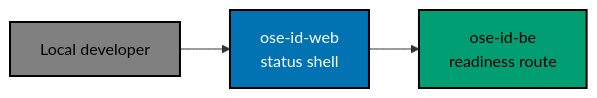
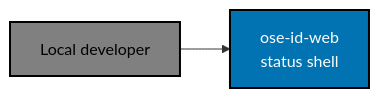
Before and after one commit to wahidyankf/ose-public: the first of 2 diagrams in specs/apps/ose/id-web/architecture.md, drawn with Mermaid. The commit also changed other lines of this file and 124 other files, not shown here.

````diff
--- a/specs/apps/ose/id-web/architecture.md
+++ b/specs/apps/ose/id-web/architecture.md
@@ -24,14 +24,11 @@
 ```mermaid
 flowchart LR
   accTitle: OSE ID web system context
-  accDescr: A local developer opens the ose-id-web status shell in a browser, and the shell reads the backend readiness route from its own server side.
+  accDescr: A local developer opens the ose-id-web status shell in a browser. In this foundation slice the shell reports only its own liveness; it does not yet connect to ose-id-be.
   DEV["Local developer"] --> WEB["ose-id-web<br/>status shell"]
-  WEB --> BE["ose-id-be<br/>readiness route"]
 
   classDef actor fill:#808080,stroke:#000000,color:#000000,stroke-width:2px
   classDef app fill:#0173B2,stroke:#000000,color:#FFFFFF,stroke-width:2px
-  classDef dep fill:#029E73,stroke:#000000,color:#000000,stroke-width:2px
   class DEV actor
   class WEB app
-  class BE dep
 ```
````
